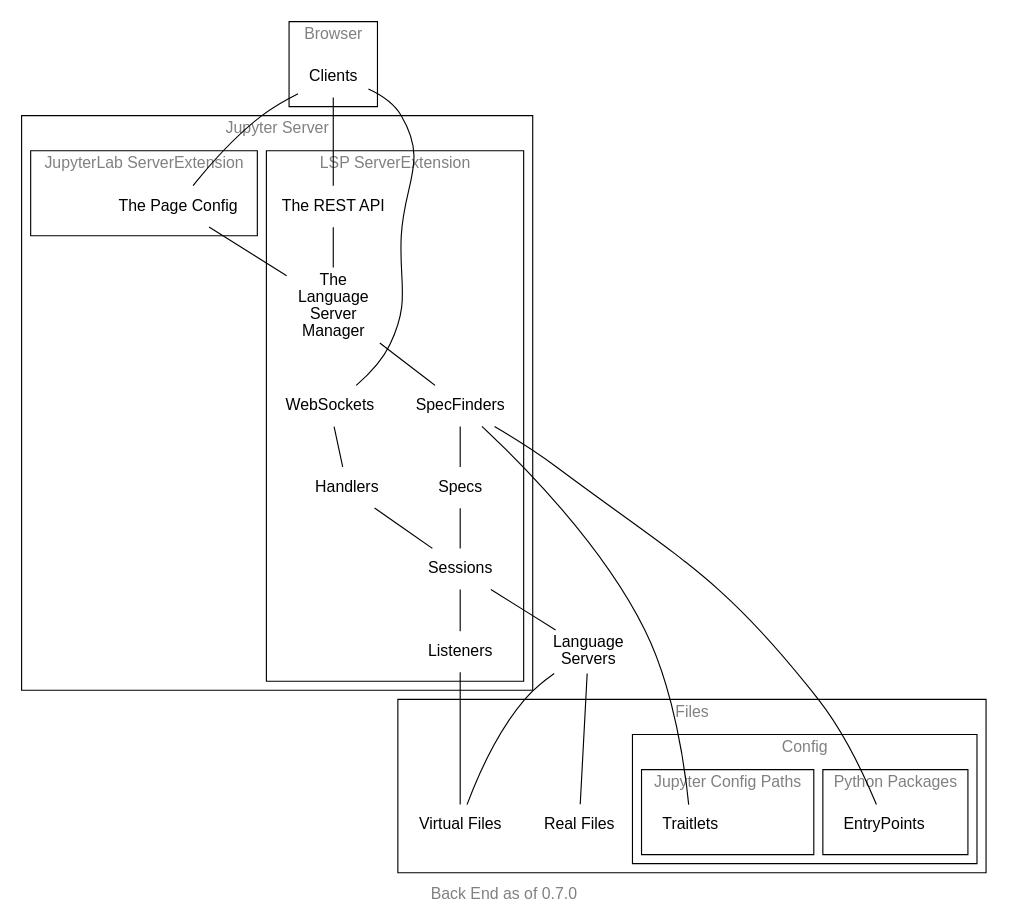
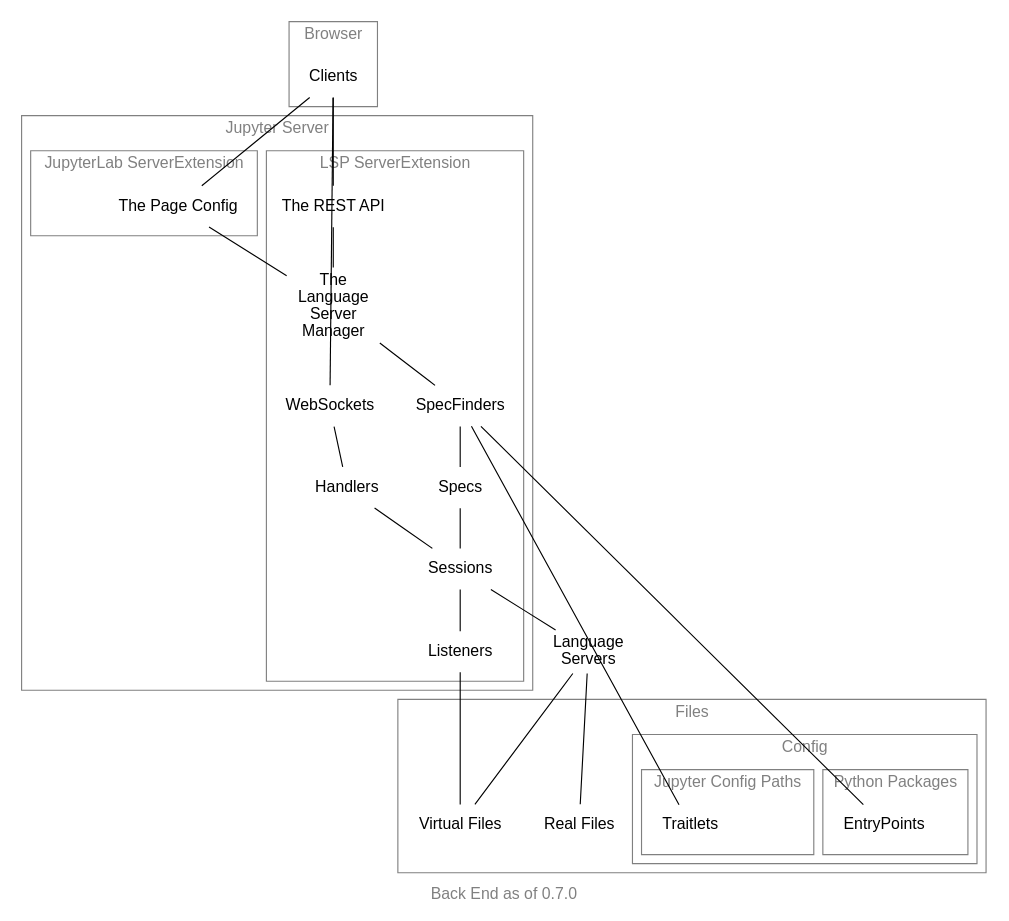
Before and after one commit to jupyter-lsp/jupyterlab-lsp: the diagram in docs/dot/as-is/backend.dot, drawn with Graphviz. The commit also changed 8 other files, not shown here.

```diff
--- a/docs/dot/as-is/backend.dot
+++ b/docs/dot/as-is/backend.dot
@@ -1,47 +1,48 @@
 graph backend {
     label="Back End as of 0.7.0"
+    splines="line"
     fontname="sans-serif"
     node[shape=none fontname="sans-serif"]
     edge[fontname="sans-serif"]
-    graph[fontcolor=grey]
+    graph[fontcolor=grey color=grey]
     subgraph cluster_browser {
         label=Browser
         Clients
     }
     subgraph cluster_notebook { label="Jupyter Server"
         subgraph cluster_lsp { label="LSP ServerExtension"
             Sessions
             Manager[label="The\nLanguage\nServer\nManager"]
             Handlers
             WebSockets
             SpecFinders
             Specs
             Listeners
             RestAPI[label="The REST API"]
         }
         subgraph cluster_lab_ext { label="JupyterLab ServerExtension"
             PageConfig[label="The Page Config"]
         }
     }
     
     subgraph cluster_files { label="Files"
         RealFiles[label="Real Files"]
         VirtualFiles[label="Virtual Files"]
         subgraph cluster_config { label="Config"
             subgraph cluster_jupyter_cfg { label="Jupyter Config Paths"
                 Traitlets
             }
             subgraph cluster_python_pkgs { label="Python Packages"
                 EntryPoints
             }
         }
     }
 
     LanguageServers[label="Language\nServers"]
     Clients -- {RestAPI PageConfig} -- Manager
     Clients -- WebSockets -- Handlers -- Sessions -- LanguageServers
     {Manager Traitlets EntryPoints} -- SpecFinders -- Specs
     Specs -- Sessions
     Sessions -- Listeners -- VirtualFiles
     LanguageServers -- {RealFiles VirtualFiles}
 }
```
